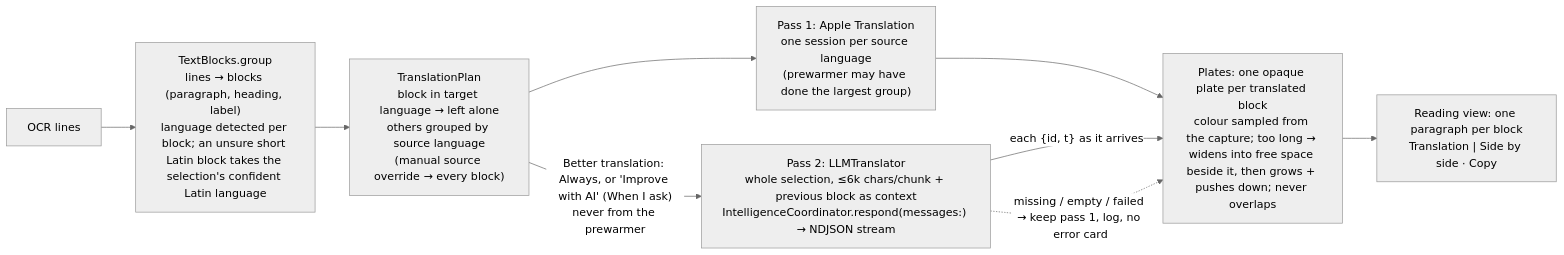
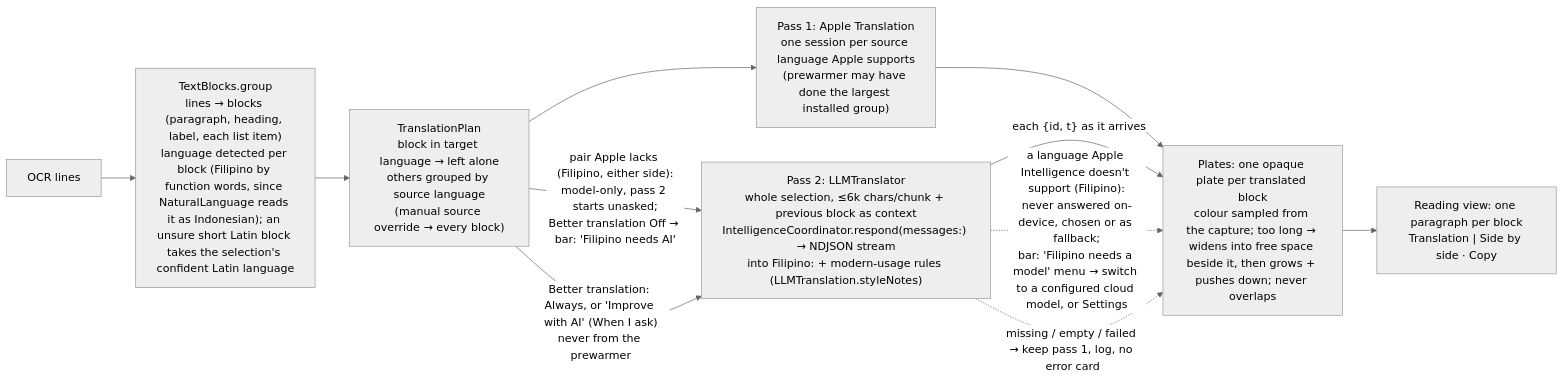
One commit to civarry/lasso-app changed the fifth of 8 diagrams in docs/APP_FLOW.md. Above: the diagram before and after it, drawn with Mermaid (neutral theme). The commit also changed 13 other files, not shown here.

````diff
--- a/docs/APP_FLOW.md
+++ b/docs/APP_FLOW.md
@@ -443,11 +443,13 @@
 ```mermaid
 flowchart LR
-  Lines["OCR lines"] --> Blocks["TextBlocks.group<br/>lines → blocks (paragraph, heading, label)<br/>language detected per block; an unsure short Latin block takes the selection's confident Latin language"]
+  Lines["OCR lines"] --> Blocks["TextBlocks.group<br/>lines → blocks (paragraph, heading, label, each list item)<br/>language detected per block (Filipino by function words, since NaturalLanguage reads it as Indonesian); an unsure short Latin block takes the selection's confident Latin language"]
   Blocks --> Plan["TranslationPlan<br/>block in target language → left alone<br/>others grouped by source language<br/>(manual source override → every block)"]
-  Plan --> P1["Pass 1: Apple Translation<br/>one session per source language<br/>(prewarmer may have done the largest group)"]
+  Plan --> P1["Pass 1: Apple Translation<br/>one session per source language Apple supports<br/>(prewarmer may have done the largest installed group)"]
+  Plan -->|"pair Apple lacks (Filipino, either side):<br/>model-only, pass 2 starts unasked;<br/>Better translation Off → bar: 'Filipino needs AI'"| P2
   P1 --> Plates["Plates: one opaque plate per translated block<br/>colour sampled from the capture; too long → widens into free space beside it, then grows + pushes down; never overlaps"]
-  Plan -->|"Better translation: Always, or 'Improve with AI' (When I ask)<br/>never from the prewarmer"| P2["Pass 2: LLMTranslator<br/>whole selection, ≤6k chars/chunk + previous block as context<br/>IntelligenceCoordinator.respond(messages:) → NDJSON stream"]
+  Plan -->|"Better translation: Always, or 'Improve with AI' (When I ask)<br/>never from the prewarmer"| P2["Pass 2: LLMTranslator<br/>whole selection, ≤6k chars/chunk + previous block as context<br/>IntelligenceCoordinator.respond(messages:) → NDJSON stream<br/>into Filipino: + modern-usage rules (LLMTranslation.styleNotes)"]
   P2 -->|"each {id, t} as it arrives"| Plates
+  P2 -.->|"a language Apple Intelligence doesn't support (Filipino):<br/>never answered on-device, chosen or as fallback;<br/>bar: 'Filipino needs a model' menu → switch to a configured cloud model, or Settings"| Plates
   P2 -.->|"missing / empty / failed → keep pass 1, log, no error card"| Plates
   Plates --> Reading["Reading view: one paragraph per block<br/>Translation | Side by side · Copy"]
 ```
````
